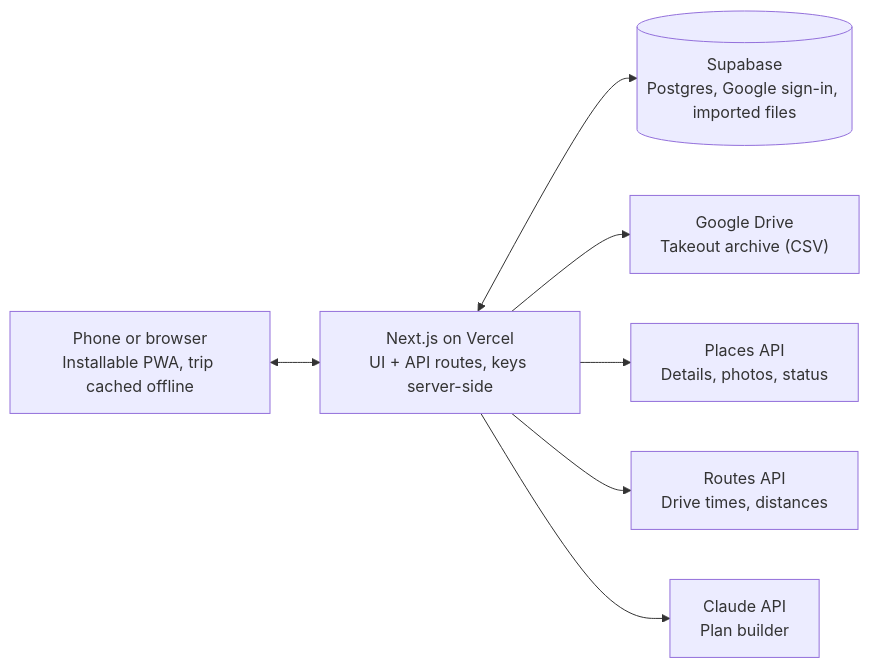
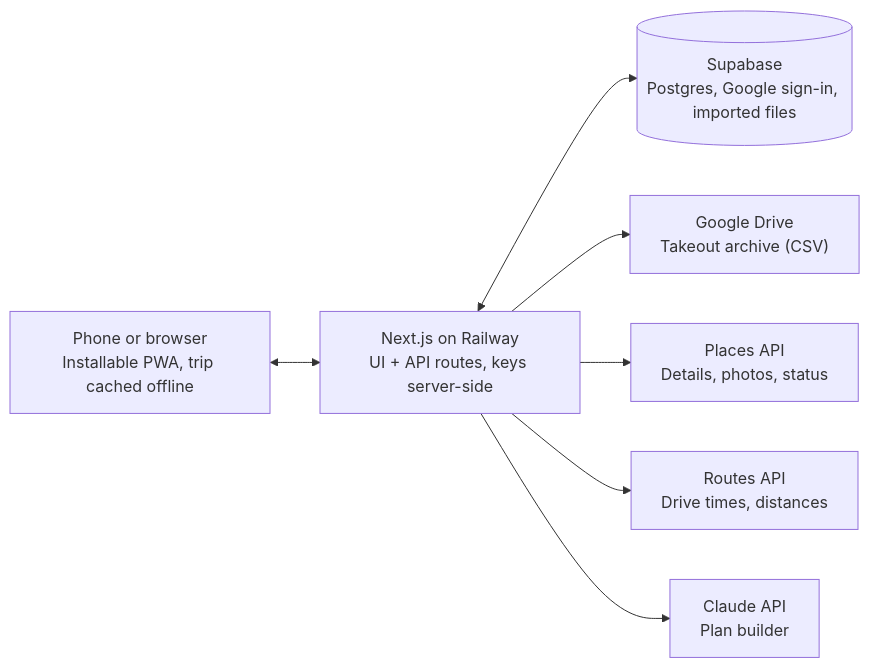
The diagram in SPEC.md (mattemason/travelplanner), drawn with Mermaid before and after one commit. The commit also changed other lines of this file and 3 other files, not shown here.

````diff
--- a/SPEC.md
+++ b/SPEC.md
@@ -91,9 +91,9 @@
 ```mermaid
 flowchart LR
-  B["Phone or browser<br/>Installable PWA, trip cached offline"] <--> S["Next.js on Vercel<br/>UI + API routes, keys server-side"]
+  B["Phone or browser<br/>Installable PWA, trip cached offline"] <--> S["Next.js on Railway<br/>UI + API routes, keys server-side"]
   S <--> DB[("Supabase<br/>Postgres, Google sign-in, imported files")]
   S --> D["Google Drive<br/>Takeout archive (CSV)"]
   S --> P["Places API<br/>Details, photos, status"]
   S --> R["Routes API<br/>Drive times, distances"]
   S --> C["Claude API<br/>Plan builder"]
 ```
````
